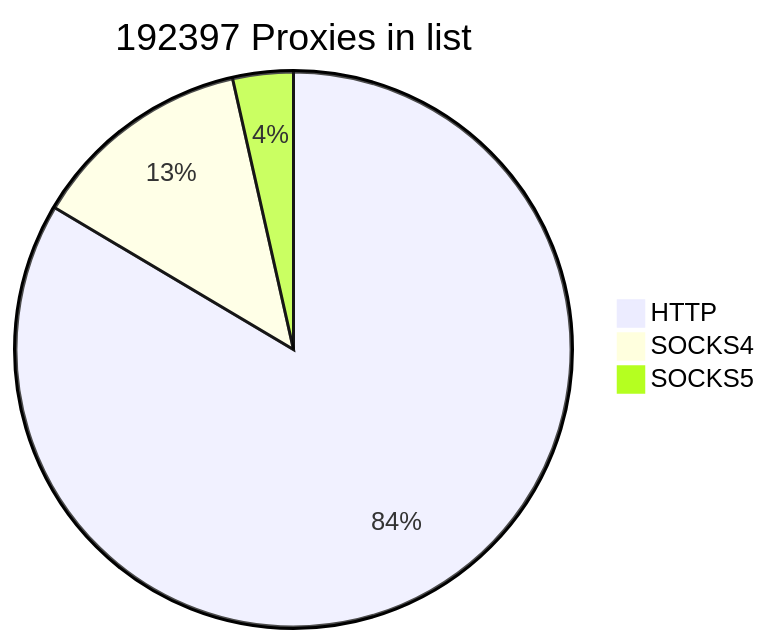
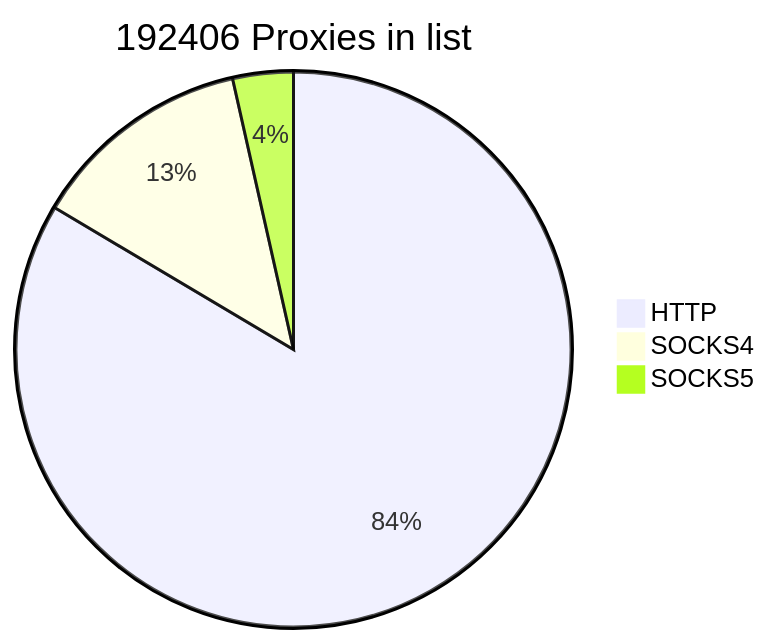
The first of 2 diagrams in README.md (cutipu/proxylist), drawn with Mermaid before and after one commit. The commit also changed other lines of this file, not shown here.

````diff
--- a/README.md
+++ b/README.md
@@ -2,7 +2,7 @@
 ```mermaid
-pie title 192397 Proxies in list
-    "HTTP" : 160717
-    "SOCKS4" : 24907
-    "SOCKS5" : 6773
+pie title 192406 Proxies in list
+    "HTTP" : 160723
+    "SOCKS4" : 24908
+    "SOCKS5" : 6775
             
 ```
````
